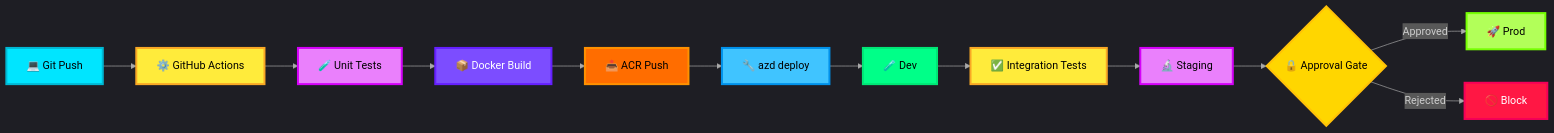
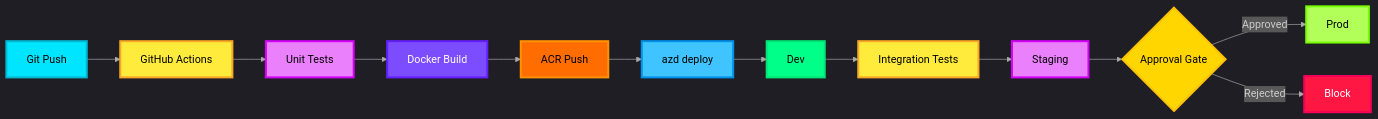
One commit to thanhauco/agentic-ai-icm-system changed the diagram in docs/14-deployment-model.md. Above: the diagram before and after it, drawn with Mermaid. The commit also changed 1 other file, not shown here.

Commit message:
docs: Add initial documentation for all major system components of the agentic AI ICM system.

````diff
--- a/docs/14-deployment-model.md
+++ b/docs/14-deployment-model.md
@@ -9,28 +9,28 @@
 ```mermaid
 %%{init: {'theme': 'dark', 'themeVariables': {'lineColor': '#AAAAAA'}}}%%
 graph LR
-    A["💻 Git Push"] --> B["⚙️ GitHub Actions"]
-    B --> C["🧪 Unit Tests"]
-    C --> D["📦 Docker Build"]
-    D --> E["📤 ACR Push"]
-    E --> F["🔧 azd deploy"]
-    F --> G["🧪 Dev"]
-    G --> H["✅ Integration Tests"]
-    H --> I["🔬 Staging"]
-    I --> J{"🔒 Approval Gate"}
-    J -->|Approved| K["🚀 Prod"]
-    J -->|Rejected| L["🚫 Block"]
+ A["Git Push"] --> B["GitHub Actions"]
+ B --> C["Unit Tests"]
+ C --> D["Docker Build"]
+ D --> E["ACR Push"]
+ E --> F["azd deploy"]
+ F --> G["Dev"]
+ G --> H["Integration Tests"]
+ H --> I["Staging"]
+ I --> J{"Approval Gate"}
+ J -->|Approved| K["Prod"]
+ J -->|Rejected| L["Block"]
 
-    style A fill:#00E5FF,stroke:#00B8D4,stroke-width:3px,color:#000
-    style B fill:#FFEB3B,stroke:#F9A825,stroke-width:3px,color:#000
-    style C fill:#EA80FC,stroke:#D500F9,stroke-width:3px,color:#000
-    style D fill:#7C4DFF,stroke:#651FFF,stroke-width:3px,color:#fff
-    style E fill:#FF6D00,stroke:#FF9100,stroke-width:3px,color:#000
-    style F fill:#40C4FF,stroke:#0091EA,stroke-width:3px,color:#000
-    style G fill:#00FF88,stroke:#00E676,stroke-width:3px,color:#000
-    style H fill:#FFEB3B,stroke:#F9A825,stroke-width:3px,color:#000
-    style I fill:#EA80FC,stroke:#D500F9,stroke-width:3px,color:#000
-    style J fill:#FFD600,stroke:#FFC107,stroke-width:3px,color:#000
-    style K fill:#B2FF59,stroke:#76FF03,stroke-width:3px,color:#000
-    style L fill:#FF1744,stroke:#F50057,stroke-width:3px,color:#fff
+ style A fill:#00E5FF,stroke:#00B8D4,stroke-width:3px,color:#000
+ style B fill:#FFEB3B,stroke:#F9A825,stroke-width:3px,color:#000
+ style C fill:#EA80FC,stroke:#D500F9,stroke-width:3px,color:#000
+ style D fill:#7C4DFF,stroke:#651FFF,stroke-width:3px,color:#fff
+ style E fill:#FF6D00,stroke:#FF9100,stroke-width:3px,color:#000
+ style F fill:#40C4FF,stroke:#0091EA,stroke-width:3px,color:#000
+ style G fill:#00FF88,stroke:#00E676,stroke-width:3px,color:#000
+ style H fill:#FFEB3B,stroke:#F9A825,stroke-width:3px,color:#000
+ style I fill:#EA80FC,stroke:#D500F9,stroke-width:3px,color:#000
+ style J fill:#FFD600,stroke:#FFC107,stroke-width:3px,color:#000
+ style K fill:#B2FF59,stroke:#76FF03,stroke-width:3px,color:#000
+ style L fill:#FF1744,stroke:#F50057,stroke-width:3px,color:#fff
 ```
````
